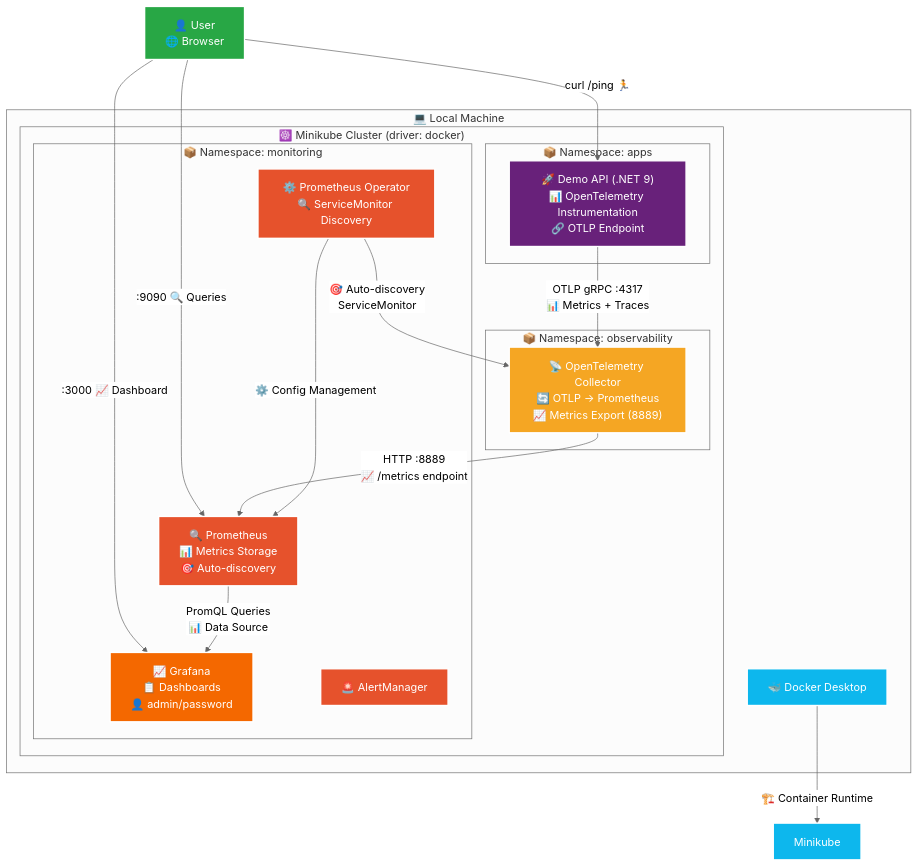
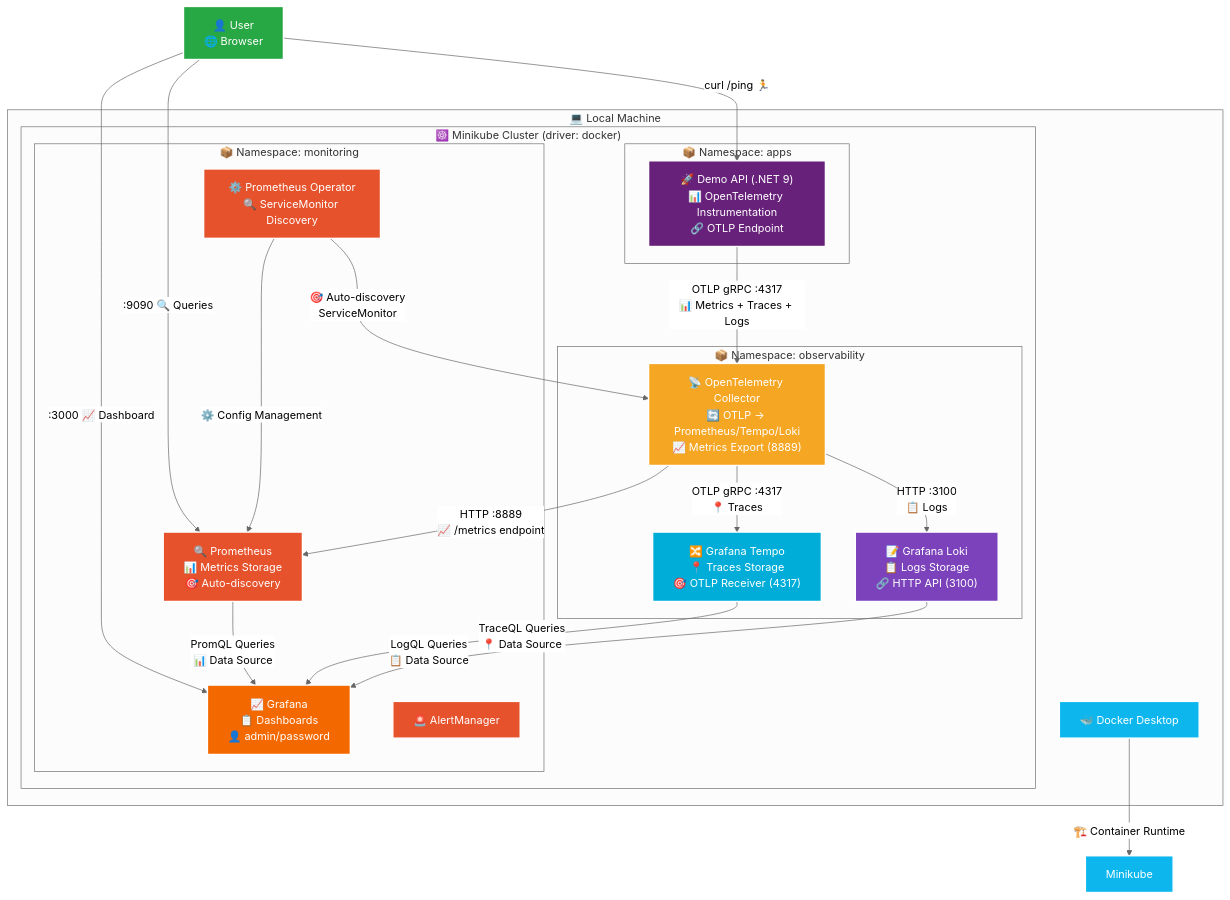
Before and after one commit to RubenGomGar/monitoring-workshop: the first of 4 diagrams in architecture-diagram.md, drawn with Mermaid (neutral theme). The commit also changed other lines of this file, not shown here.

Commit message:
Update arch diagrams

````diff
--- a/architecture-diagram.md
+++ b/architecture-diagram.md
@@ -43,61 +43,71 @@
 ```mermaid
 graph TB
     %% Node styles
     classDef k8s fill:#326CE5,stroke:#ffffff,stroke-width:2px,color:#ffffff
     classDef app fill:#68217A,stroke:#ffffff,stroke-width:2px,color:#ffffff
     classDef otel fill:#F5A623,stroke:#ffffff,stroke-width:2px,color:#ffffff
     classDef prometheus fill:#E6522C,stroke:#ffffff,stroke-width:2px,color:#ffffff
     classDef grafana fill:#F46800,stroke:#ffffff,stroke-width:2px,color:#ffffff
+    classDef tempo fill:#00ADD8,stroke:#ffffff,stroke-width:2px,color:#ffffff
+    classDef loki fill:#7B42BC,stroke:#ffffff,stroke-width:2px,color:#ffffff
     classDef docker fill:#0db7ed,stroke:#ffffff,stroke-width:2px,color:#ffffff
     classDef user fill:#28a745,stroke:#ffffff,stroke-width:2px,color:#ffffff
 
     %% Docker and Minikube
     subgraph "💻 Local Machine"
         Docker["🐳 Docker Desktop"]
         
         subgraph "☸️ Minikube Cluster (driver: docker)"
             subgraph "📦 Namespace: apps"
-                DemoAPI["🚀 Demo API (.NET 9)\n📊 OpenTelemetry Instrumentation\n🔗 OTLP Endpoint"]
+                DemoAPI["🚀 Demo API (.NET 9)<br/>📊 OpenTelemetry Instrumentation<br/>🔗 OTLP Endpoint"]
             end
             
             subgraph "📦 Namespace: observability"
-                OTelCollector["📡 OpenTelemetry Collector\n🔄 OTLP → Prometheus\n📈 Metrics Export (8889)"]
+                OTelCollector["📡 OpenTelemetry Collector<br/>🔄 OTLP → Prometheus/Tempo/Loki<br/>📈 Metrics Export (8889)"]
+                Tempo["🔀 Grafana Tempo<br/>📍 Traces Storage<br/>🎯 OTLP Receiver (4317)"]
+                Loki["📝 Grafana Loki<br/>📋 Logs Storage<br/>🔗 HTTP API (3100)"]
             end
             
             subgraph "📦 Namespace: monitoring"
-                Prometheus["🔍 Prometheus\n📊 Metrics Storage\n🎯 Auto-discovery"]
-                Grafana["📈 Grafana\n📋 Dashboards\n👤 admin/password"]
+                Prometheus["🔍 Prometheus<br/>📊 Metrics Storage<br/>🎯 Auto-discovery"]
+                Grafana["📈 Grafana<br/>📋 Dashboards<br/>👤 admin/password"]
                 AlertManager["🚨 AlertManager"]
-                PrometheusOperator["⚙️ Prometheus Operator\n🔍 ServiceMonitor Discovery"]
+                PrometheusOperator["⚙️ Prometheus Operator<br/>🔍 ServiceMonitor Discovery"]
             end
         end
     end
     
     %% User
-    User["👤 User\n🌐 Browser"]
+    User["👤 User<br/>🌐 Browser"]
     
     %% Main connections
     User -->|":3000 📈 Dashboard"| Grafana
     User -->|":9090 🔍 Queries"| Prometheus
     User -->|"curl /ping 🏃"| DemoAPI
     
     %% Data flow
-    DemoAPI -->|"OTLP gRPC :4317\n📊 Metrics + Traces"| OTelCollector
-    OTelCollector -->|"HTTP :8889\n📈 /metrics endpoint"| Prometheus
-    Prometheus -->|"PromQL Queries\n📊 Data Source"| Grafana
+    DemoAPI -->|"OTLP gRPC :4317<br/>📊 Metrics + Traces + Logs"| OTelCollector
+    OTelCollector -->|"HTTP :8889<br/>📈 /metrics endpoint"| Prometheus
+    OTelCollector -->|"OTLP gRPC :4317<br/>📍 Traces"| Tempo
+    OTelCollector -->|"HTTP :3100<br/>📋 Logs"| Loki
+    Prometheus -->|"PromQL Queries<br/>📊 Data Source"| Grafana
+    Tempo -->|"TraceQL Queries<br/>📍 Data Source"| Grafana
+    Loki -->|"LogQL Queries<br/>📋 Data Source"| Grafana
     
     %% ServiceMonitor
-    PrometheusOperator -->|"🎯 Auto-discovery\nServiceMonitor"| OTelCollector
+    PrometheusOperator -->|"🎯 Auto-discovery<br/>ServiceMonitor"| OTelCollector
     PrometheusOperator -->|"⚙️ Config Management"| Prometheus
     
     %% Docker relationship
     Docker -->|"🏗️ Container Runtime"| Minikube
     
     %% Apply styles
     class Docker,Minikube docker
     class DemoAPI app
     class OTelCollector otel
     class Prometheus,PrometheusOperator,AlertManager prometheus
     class Grafana grafana
+    class Tempo tempo
+    class Loki loki
     class User user
 ```
````
